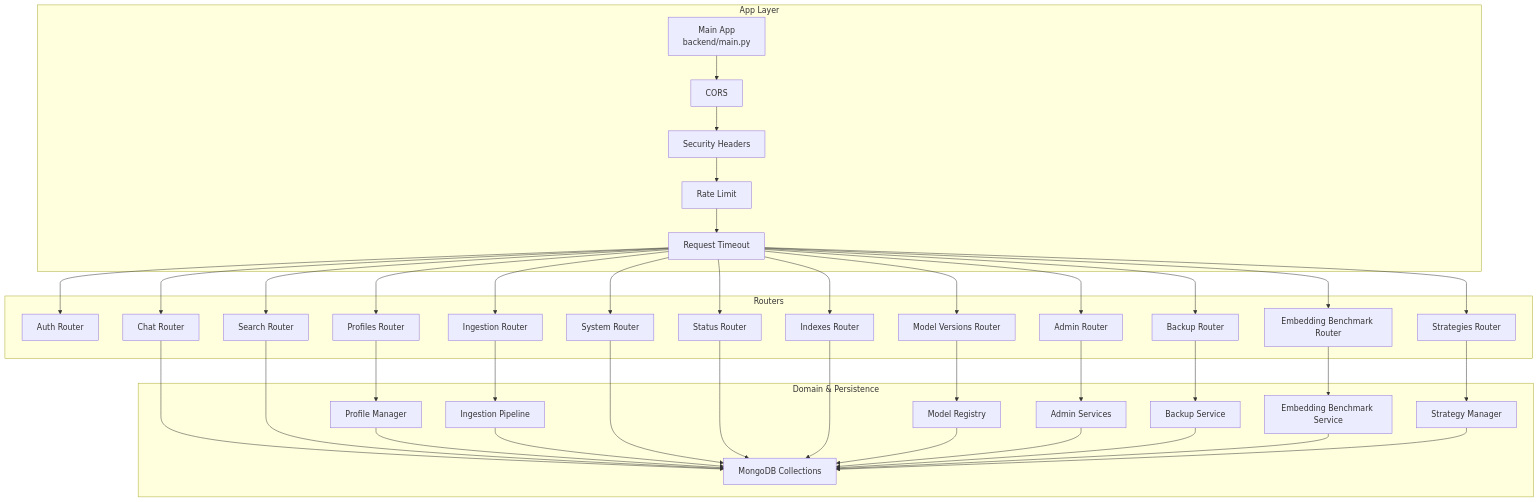
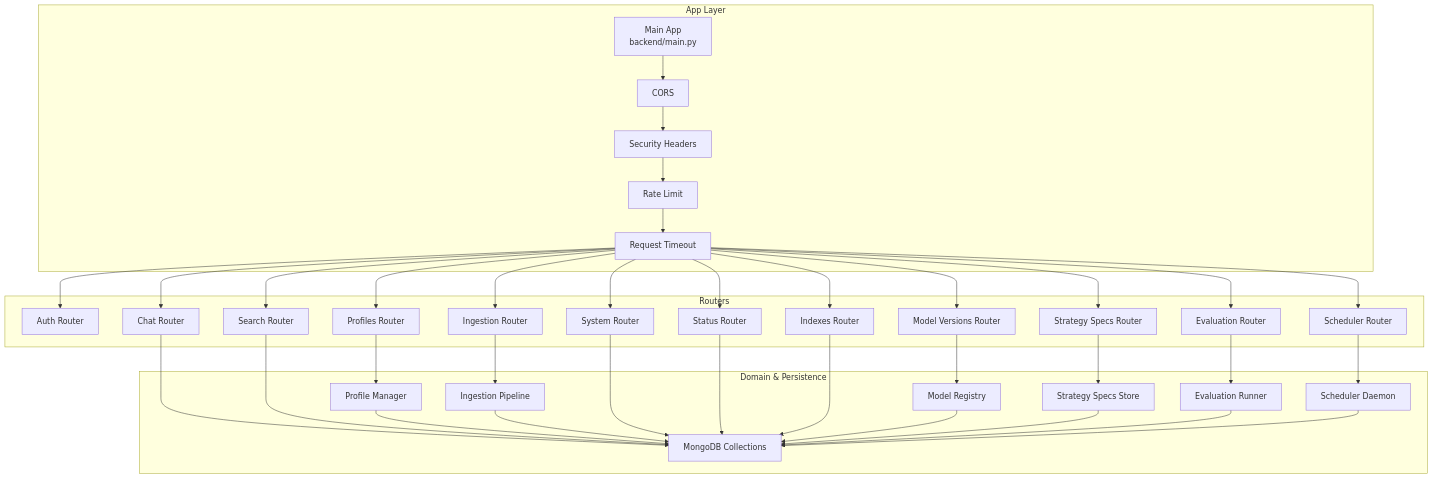
One commit to emanuelplopu/MongoDB-RAG-Agent changed the second of 9 diagrams in .qoder/repowiki/en/content/API Reference/API Reference.md. Above: the diagram before and after it, drawn with Mermaid. The commit also changed other lines of this file and 4 other files, not shown here.

````diff
--- a/.qoder/repowiki/en/content/API Reference/API Reference.md
+++ b/.qoder/repowiki/en/content/API Reference/API Reference.md
@@ -134,48 +130,45 @@
 ```mermaid
 graph TB
 subgraph "App Layer"
 M["Main App<br/>backend/main.py"]
 MW1["CORS"]
 MW2["Security Headers"]
 MW3["Rate Limit"]
 MW4["Request Timeout"]
 end
 subgraph "Routers"
 RAuth["Auth Router"]
 RChat["Chat Router"]
 RSearch["Search Router"]
 RProfiles["Profiles Router"]
 RIngest["Ingestion Router"]
 RSystem["System Router"]
 RStatus["Status Router"]
 RIndexes["Indexes Router"]
 RModels["Model Versions Router"]
-RAdmin["Admin Router"]
-RBackup["Backup Router"]
-RBenchmark["Embedding Benchmark Router"]
-RStrategies["Strategies Router"]
+RStrategySpecs["Strategy Specs Router"]
+REvaluation["Evaluation Router"]
+RScheduler["Scheduler Router"]
 end
 subgraph "Domain & Persistence"
 DB["MongoDB Collections"]
 PM["Profile Manager"]
 IP["Ingestion Pipeline"]
 MR["Model Registry"]
-AS["Admin Services"]
-BS["Backup Service"]
-EB["Embedding Benchmark Service"]
-SM["Strategy Manager"]
+SS["Strategy Specs Store"]
+ES["Evaluation Runner"]
+SD["Scheduler Daemon"]
 end
 M --> MW1 --> MW2 --> MW3 --> MW4 --> RAuth
 MW4 --> RChat --> DB
 MW4 --> RSearch --> DB
 MW4 --> RProfiles --> PM --> DB
 MW4 --> RIngest --> IP --> DB
 MW4 --> RSystem --> DB
 MW4 --> RStatus --> DB
 MW4 --> RIndexes --> DB
 MW4 --> RModels --> MR --> DB
-MW4 --> RAdmin --> AS --> DB
-MW4 --> RBackup --> BS --> DB
-MW4 --> RBenchmark --> EB --> DB
-MW4 --> RStrategies --> SM --> DB
+MW4 --> RStrategySpecs --> SS --> DB
+MW4 --> REvaluation --> ES --> DB
+MW4 --> RScheduler --> SD --> DB
 ```
````
